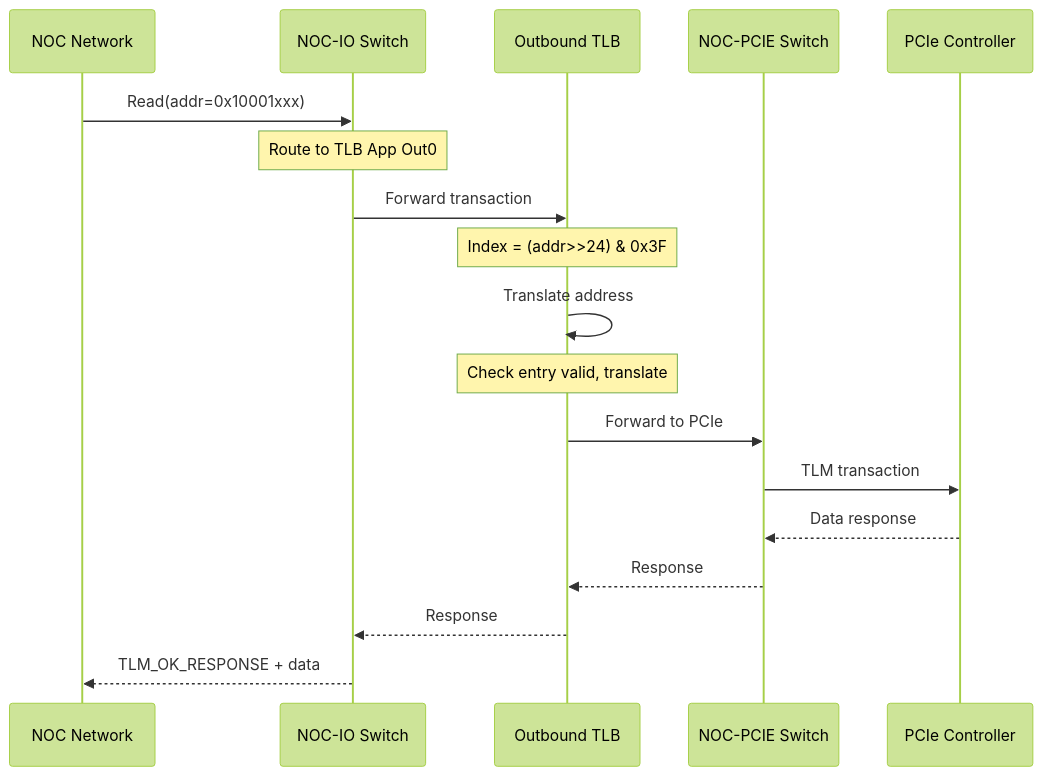
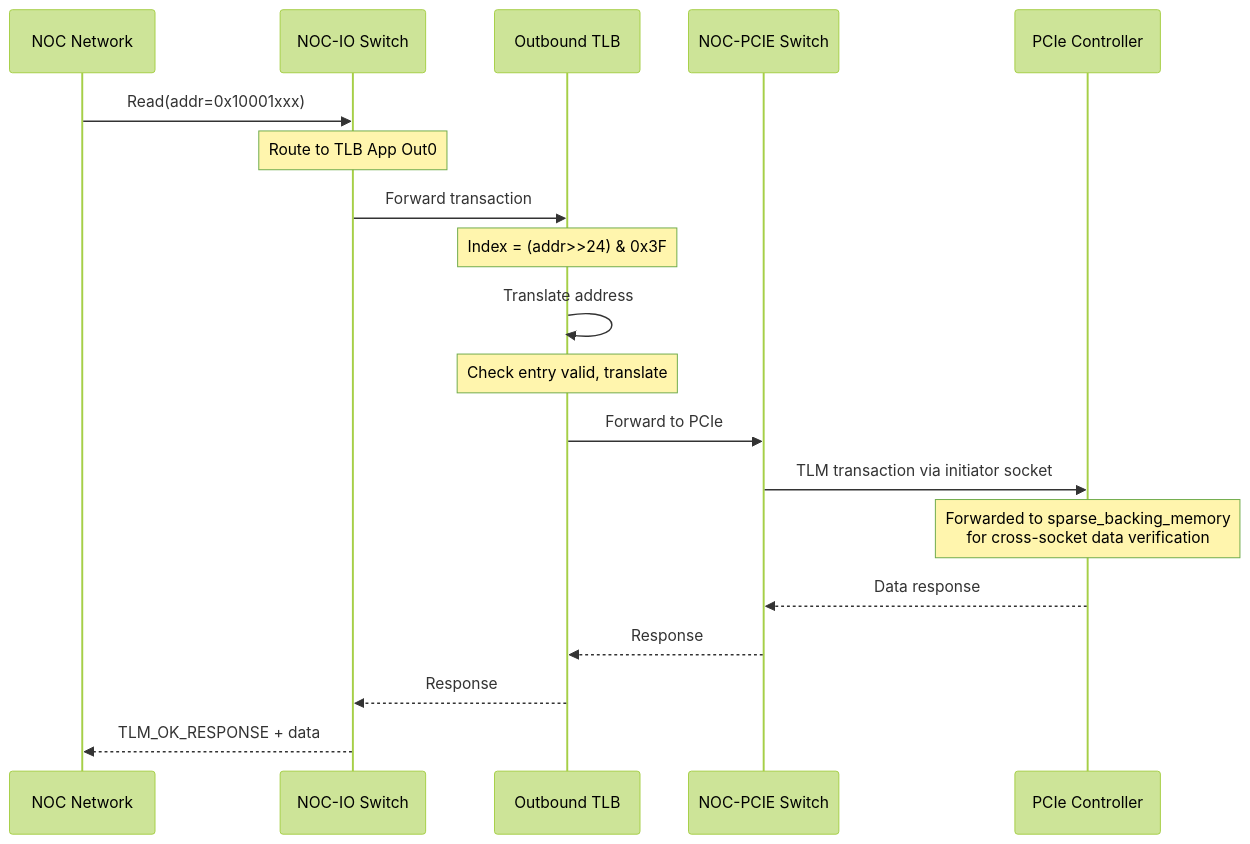
One commit to pdroyTT/Keraunos_PCIe_TILE changed diagram 15 of 27 in docs_source/hld.md. Above: the diagram before and after it, drawn with Mermaid (forest theme). The commit also changed other lines of this file and 744 other files, not shown here.

````diff
--- a/docs_source/hld.md
+++ b/docs_source/hld.md
@@ -1277,21 +1275,22 @@
 ```{mermaid}
 sequenceDiagram
     participant NOC as NOC Network
     participant NIS as NOC-IO Switch
     participant TLB as Outbound TLB
     participant NPS as NOC-PCIE Switch
     participant PC as PCIe Controller
     
     NOC->>NIS: Read(addr=0x10001xxx)
     Note over NIS: Route to TLB App Out0
     NIS->>TLB: Forward transaction
     Note over TLB: Index = (addr>>24) & 0x3F
     TLB->>TLB: Translate address
     Note over TLB: Check entry valid, translate
     TLB->>NPS: Forward to PCIe
-    NPS->>PC: TLM transaction
+    NPS->>PC: TLM transaction via initiator socket
+    Note over PC: Forwarded to sparse_backing_memory<br/>for cross-socket data verification
     PC-->>NPS: Data response
     NPS-->>TLB: Response
     TLB-->>NIS: Response
     NIS-->>NOC: TLM_OK_RESPONSE + data
 ```
````
